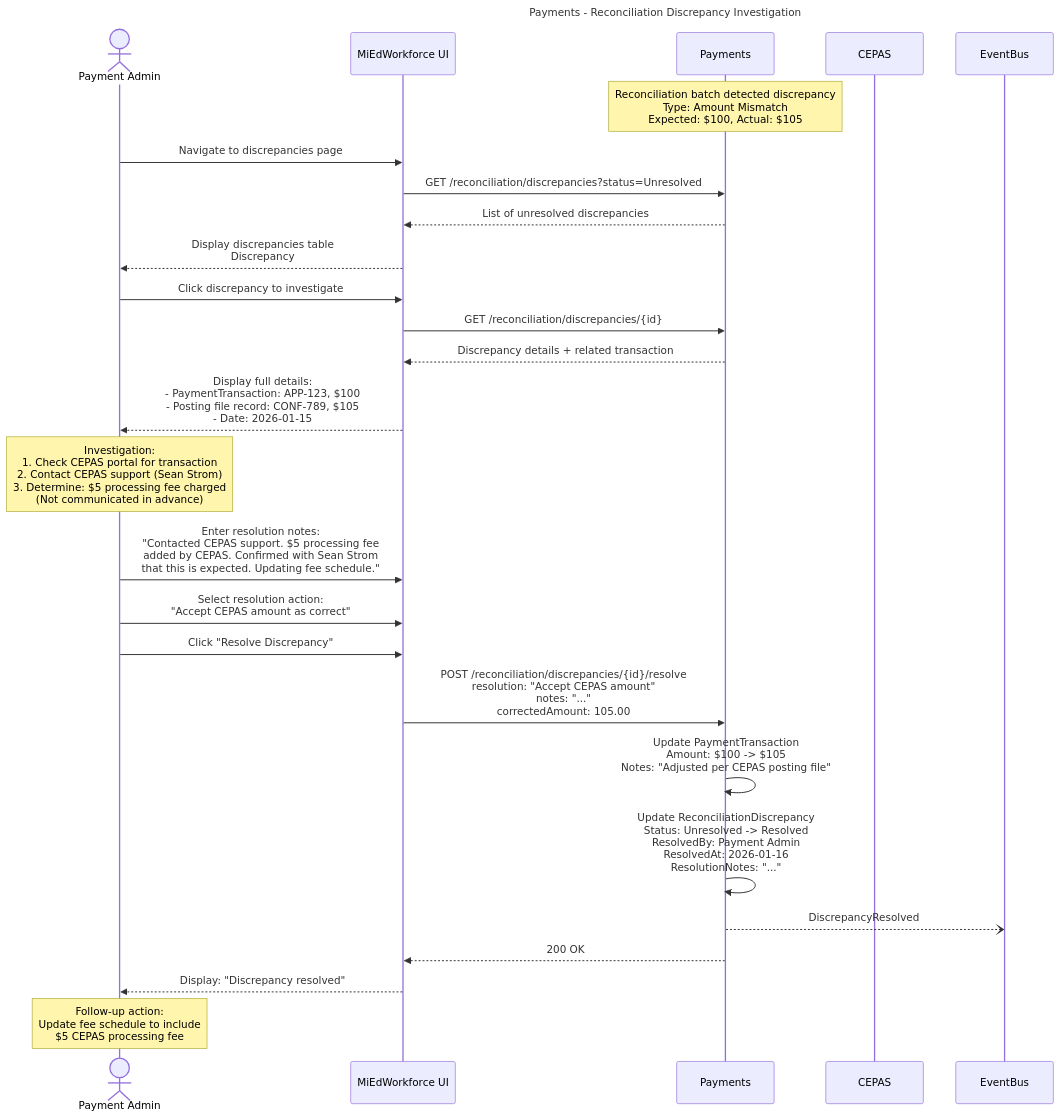
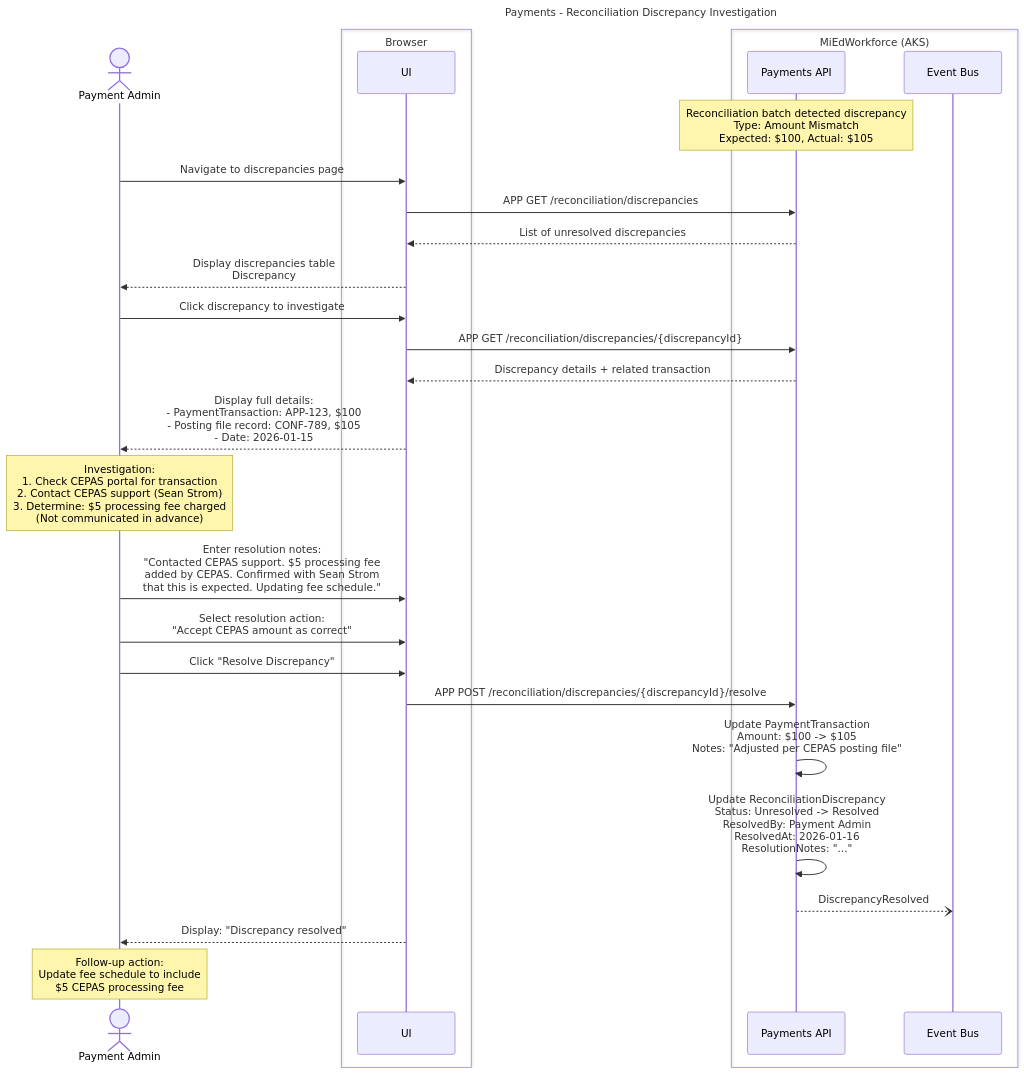
One commit to mnichols-dl/mied-design changed diagram 11 of 11 in working-docs/solution-areas/payments/payments-sequences.md. Above: the diagram before and after it, drawn with Mermaid. The commit also changed other lines of this file and 34 other files, not shown here.

Commit message:
Update sequences and perform RTM assessment

````diff
--- a/working-docs/solution-areas/payments/payments-sequences.md
+++ b/working-docs/solution-areas/payments/payments-sequences.md
@@ -842,46 +721,48 @@
 ```mermaid
 ---
 title: Payments - Reconciliation Discrepancy Investigation
 ---
 sequenceDiagram
     actor PaymentAdmin as Payment Admin
-    participant UI as MiEdWorkforce UI
-    participant Payments
-    participant CEPAS
-    participant EventBus
-    
-    Note over Payments: Reconciliation batch detected discrepancy<br/>Type: Amount Mismatch<br/>Expected: $100, Actual: $105
-    
+    box Browser
+        participant UI
+    end
+    box MiEdWorkforce (AKS)
+        participant PayApi as Payments API
+        participant EventBus as Event Bus
+    end
+
+    Note over PayApi: Reconciliation batch detected discrepancy<br/>Type: Amount Mismatch<br/>Expected: $100, Actual: $105
+
     PaymentAdmin->>UI: Navigate to discrepancies page
-    UI->>Payments: GET /reconciliation/discrepancies?status=Unresolved
-    Payments-->>UI: List of unresolved discrepancies
-    
+    UI->>PayApi: APP GET /reconciliation/discrepancies
+    PayApi-->>UI: List of unresolved discrepancies
+
     UI-->>PaymentAdmin: Display discrepancies table<br/>Discrepancy #1:<br/>- Type: Amount Mismatch<br/>- Application: APP-123<br/>- Expected: $100.00<br/>- CEPAS Posted: $105.00<br/>- Confirmation: CONF-789
-    
+
     PaymentAdmin->>UI: Click discrepancy to investigate
-    UI->>Payments: GET /reconciliation/discrepancies/{id}
-    Payments-->>UI: Discrepancy details + related transaction
-    
+    UI->>PayApi: APP GET /reconciliation/discrepancies/{discrepancyId}
+    PayApi-->>UI: Discrepancy details + related transaction
+
     UI-->>PaymentAdmin: Display full details:<br/>- PaymentTransaction: APP-123, $100<br/>- Posting file record: CONF-789, $105<br/>- Date: 2026-01-15
-    
+
     Note over PaymentAdmin: Investigation:<br/>1. Check CEPAS portal for transaction<br/>2. Contact CEPAS support (Sean Strom)<br/>3. Determine: $5 processing fee charged<br/>   (Not communicated in advance)
-    
+
     PaymentAdmin->>UI: Enter resolution notes:<br/>"Contacted CEPAS support. $5 processing fee<br/>added by CEPAS. Confirmed with Sean Strom<br/>that this is expected. Updating fee schedule."
-    
+
     PaymentAdmin->>UI: Select resolution action:<br/>"Accept CEPAS amount as correct"
-    
+
     PaymentAdmin->>UI: Click "Resolve Discrepancy"
-    
-    UI->>Payments: POST /reconciliation/discrepancies/{id}/resolve<br/>resolution: "Accept CEPAS amount"<br/>notes: "..."<br/>correctedAmount: 105.00
-    
-    Payments->>Payments: Update PaymentTransaction<br/>Amount: $100 -> $105<br/>Notes: "Adjusted per CEPAS posting file"
-    
-    Payments->>Payments: Update ReconciliationDiscrepancy<br/>Status: Unresolved -> Resolved<br/>ResolvedBy: Payment Admin<br/>ResolvedAt: 2026-01-16<br/>ResolutionNotes: "..."
-    
-    Payments--)EventBus: DiscrepancyResolved
-    
-    Payments-->>UI: 200 OK
+
+    UI->>PayApi: APP POST /reconciliation/discrepancies/{discrepancyId}/resolve
+
+    PayApi->>PayApi: Update PaymentTransaction<br/>Amount: $100 -> $105<br/>Notes: "Adjusted per CEPAS posting file"
+
+    PayApi->>PayApi: Update ReconciliationDiscrepancy<br/>Status: Unresolved -> Resolved<br/>ResolvedBy: Payment Admin<br/>ResolvedAt: 2026-01-16<br/>ResolutionNotes: "..."
+
+    PayApi--)EventBus: DiscrepancyResolved
+
     UI-->>PaymentAdmin: Display: "Discrepancy resolved"
-    
+
     Note over PaymentAdmin: Follow-up action:<br/>Update fee schedule to include<br/>$5 CEPAS processing fee
 ```
````
